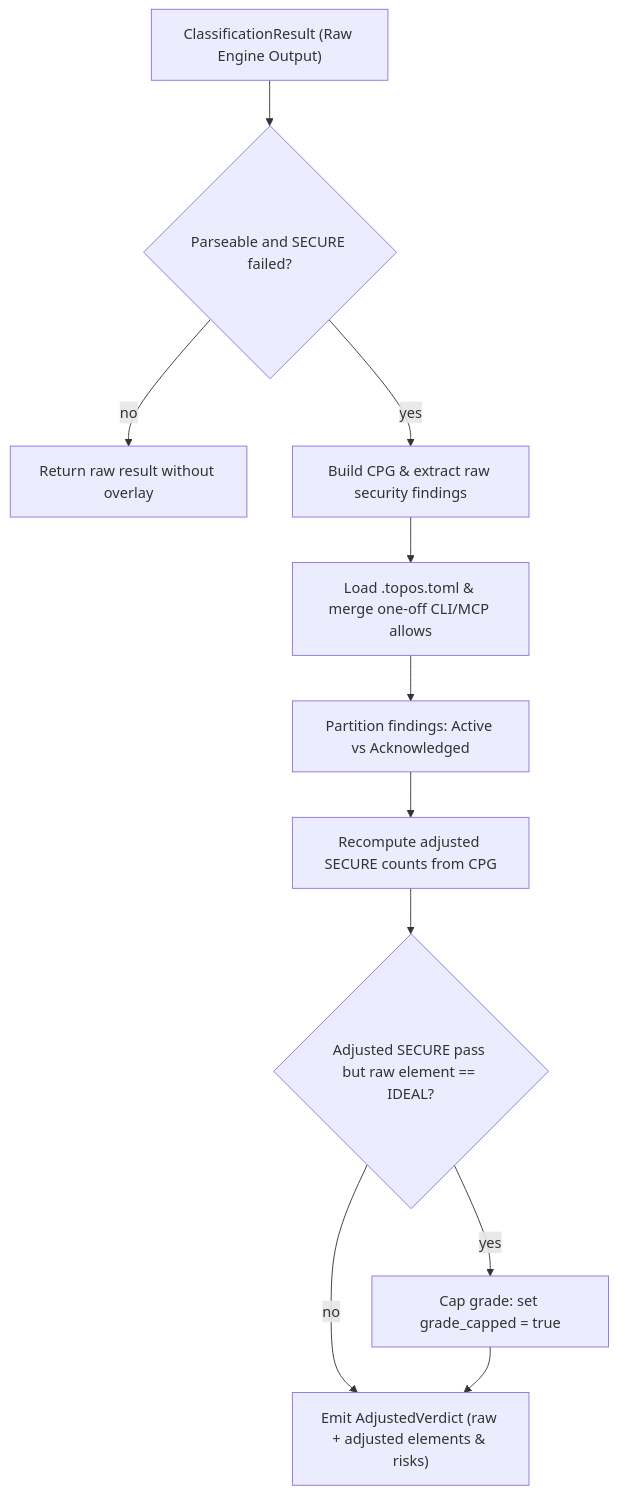
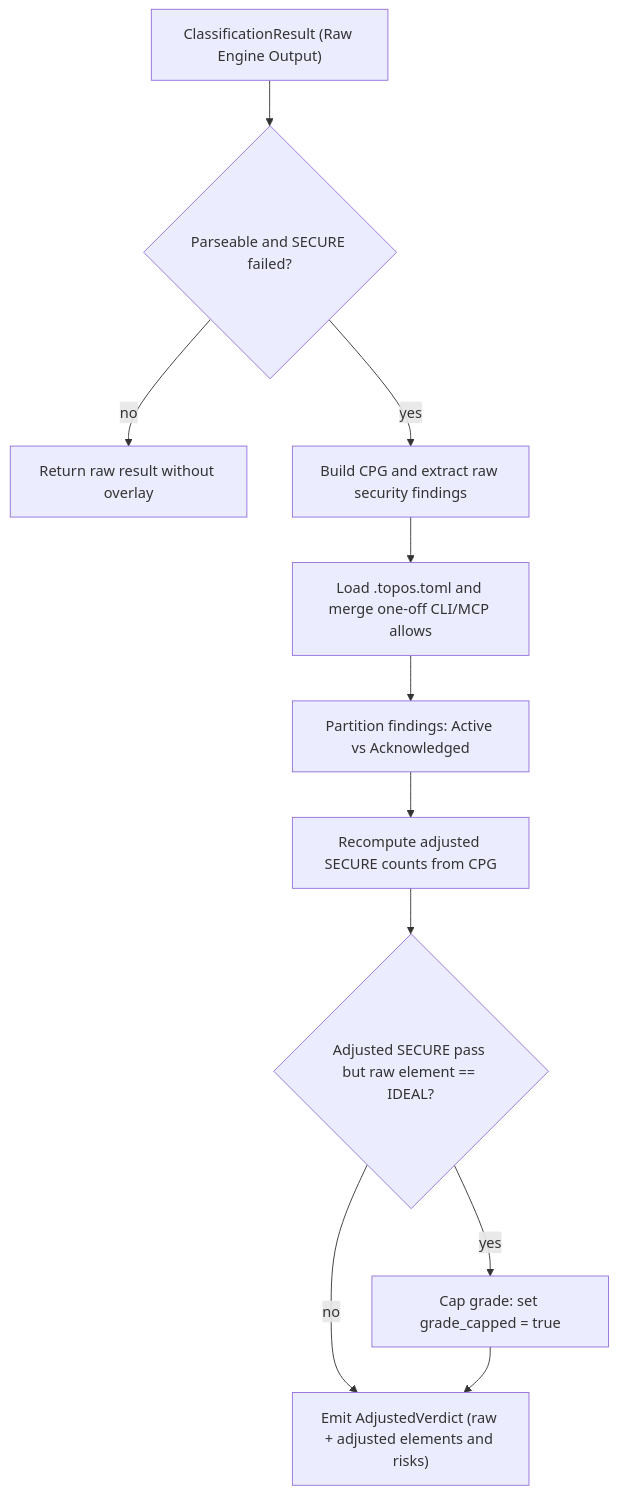
The third of 3 diagrams in openwiki/architecture/overview.md (Krv-Labs/topos), drawn with Mermaid before and after one commit. The commit also changed other lines of this file and 14 other files, not shown here.

````diff
--- a/openwiki/architecture/overview.md
+++ b/openwiki/architecture/overview.md
@@ -188,13 +188,13 @@
 ```mermaid
 flowchart TD
     RawResult["ClassificationResult (Raw Engine Output)"] --> Guard{"Parseable and SECURE failed?"}
     Guard -->|no| RawOnly["Return raw result without overlay"]
-    Guard -->|yes| BuildCPG["Build CPG & extract raw security findings"]
-    BuildCPG --> Config["Load .topos.toml & merge one-off CLI/MCP allows"]
+    Guard -->|yes| BuildCPG["Build CPG and extract raw security findings"]
+    BuildCPG --> Config["Load .topos.toml and merge one-off CLI/MCP allows"]
     Config --> Partition["Partition findings: Active vs Acknowledged"]
     Partition --> Recount["Recompute adjusted SECURE counts from CPG"]
     Recount --> GradeCap{"Adjusted SECURE pass but raw element == IDEAL?"}
     GradeCap -->|yes| Demote["Cap grade: set grade_capped = true"]
     GradeCap -->|no| Emit
-    Demote --> Emit["Emit AdjustedVerdict (raw + adjusted elements & risks)"]
+    Demote --> Emit["Emit AdjustedVerdict (raw + adjusted elements and risks)"]
 ```
````
